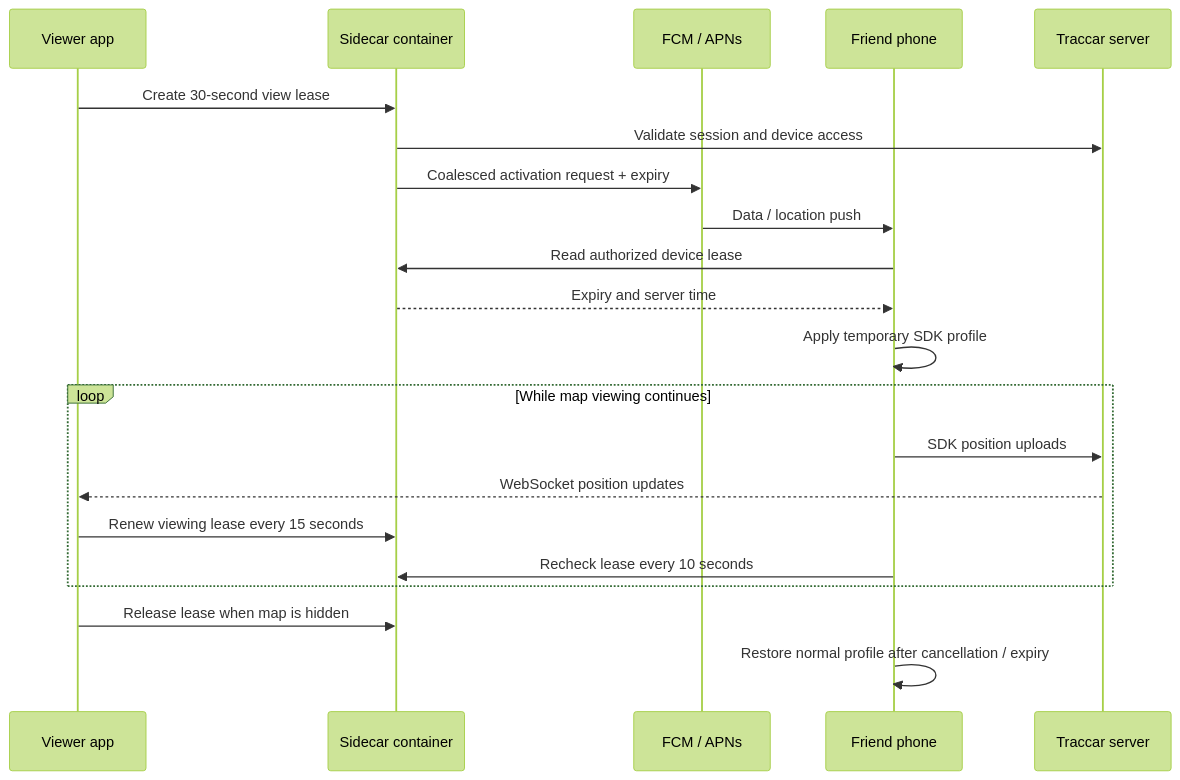
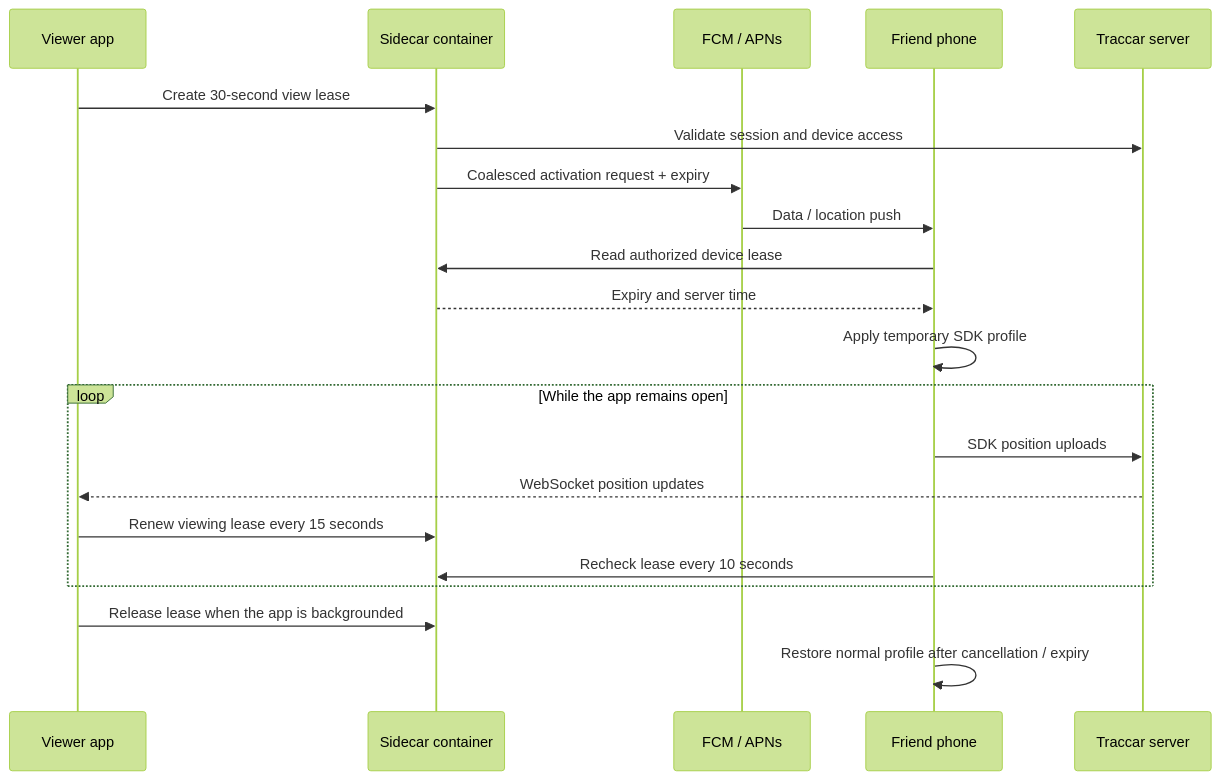
The diagram in docs/live-tracking.md (1upbyte/trakkar), drawn with Mermaid (forest theme) before and after one commit. The commit also changed other lines of this file and 5 other files, not shown here.

````diff
--- a/docs/live-tracking.md
+++ b/docs/live-tracking.md
@@ -33,23 +33,23 @@
 ```mermaid
 sequenceDiagram
     participant Viewer as Viewer app
     participant Sidecar as Sidecar container
     participant Push as FCM / APNs
     participant Phone as Friend phone
     participant Traccar as Traccar server
     Viewer->>Sidecar: Create 30-second view lease
     Sidecar->>Traccar: Validate session and device access
     Sidecar->>Push: Coalesced activation request + expiry
     Push->>Phone: Data / location push
     Phone->>Sidecar: Read authorized device lease
     Sidecar-->>Phone: Expiry and server time
     Phone->>Phone: Apply temporary SDK profile
-    loop While map viewing continues
+    loop While the app remains open
         Phone->>Traccar: SDK position uploads
         Traccar-->>Viewer: WebSocket position updates
         Viewer->>Sidecar: Renew viewing lease every 15 seconds
         Phone->>Sidecar: Recheck lease every 10 seconds
     end
-    Viewer->>Sidecar: Release lease when map is hidden
+    Viewer->>Sidecar: Release lease when the app is backgrounded
     Phone->>Phone: Restore normal profile after cancellation / expiry
 ```
````
